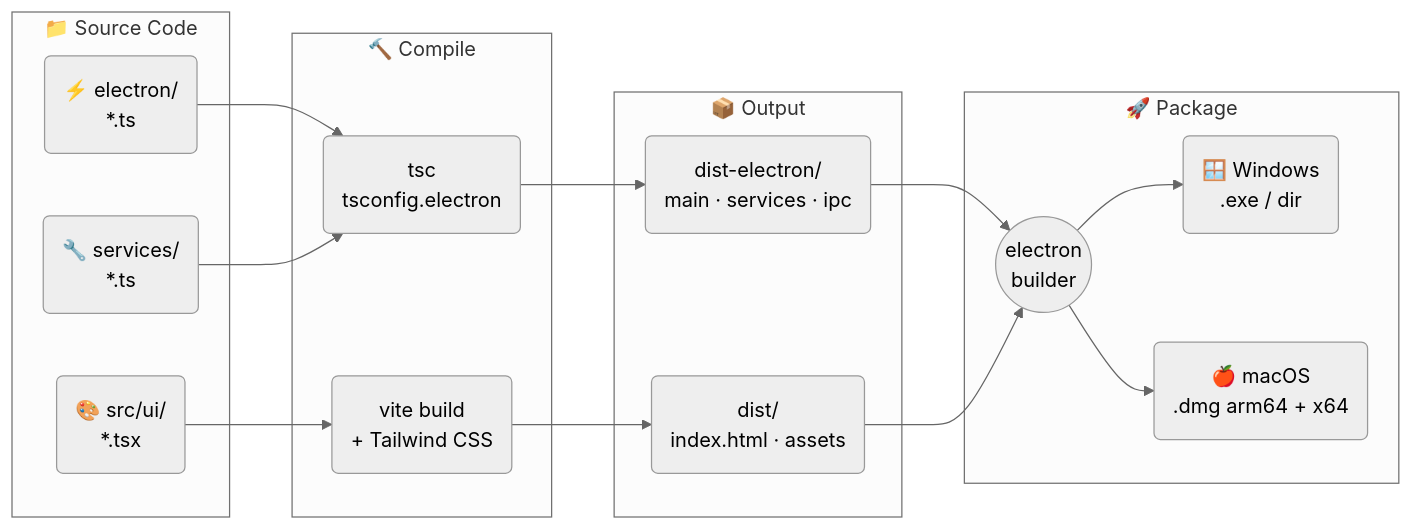
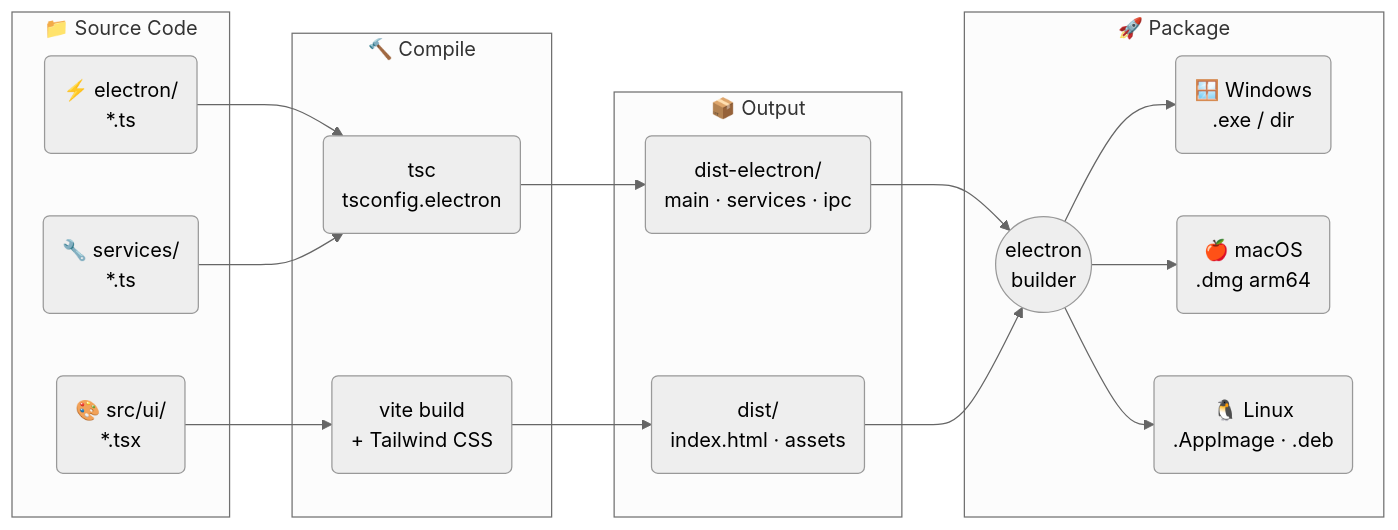
The first of 4 diagrams in README.en.md (dongphuongman/deplao), drawn with Mermaid (neutral theme) before and after one commit. The commit also changed other lines of this file and 27 other files, not shown here.

````diff
--- a/README.en.md
+++ b/README.en.md
@@ -128,28 +167,29 @@
 ```mermaid
 flowchart LR
     subgraph SRC["📁 Source Code"]
         E("⚡ electron/\n*.ts")
         S("🔧 services/\n*.ts")
         R("🎨 src/ui/\n*.tsx")
     end
 
     subgraph COMPILE["🔨 Compile"]
         TSC("tsc\ntsconfig.electron")
         VITE("vite build\n+ Tailwind CSS")
     end
 
     subgraph OUT["📦 Output"]
         DE("dist-electron/\nmain · services · ipc")
         D("dist/\nindex.html · assets")
     end
 
     subgraph PKG["🚀 Package"]
         EB(("electron\nbuilder"))
         WIN("🪟 Windows\n.exe / dir")
-        MAC("🍎 macOS\n.dmg arm64 + x64")
+        MAC("🍎 macOS\n.dmg arm64")
+        LIN("🐧 Linux\n.AppImage · .deb")
     end
 
     E & S --> TSC --> DE
     R --> VITE --> D
-    DE & D --> EB --> WIN & MAC
+    DE & D --> EB --> WIN & MAC & LIN
 ```
````
